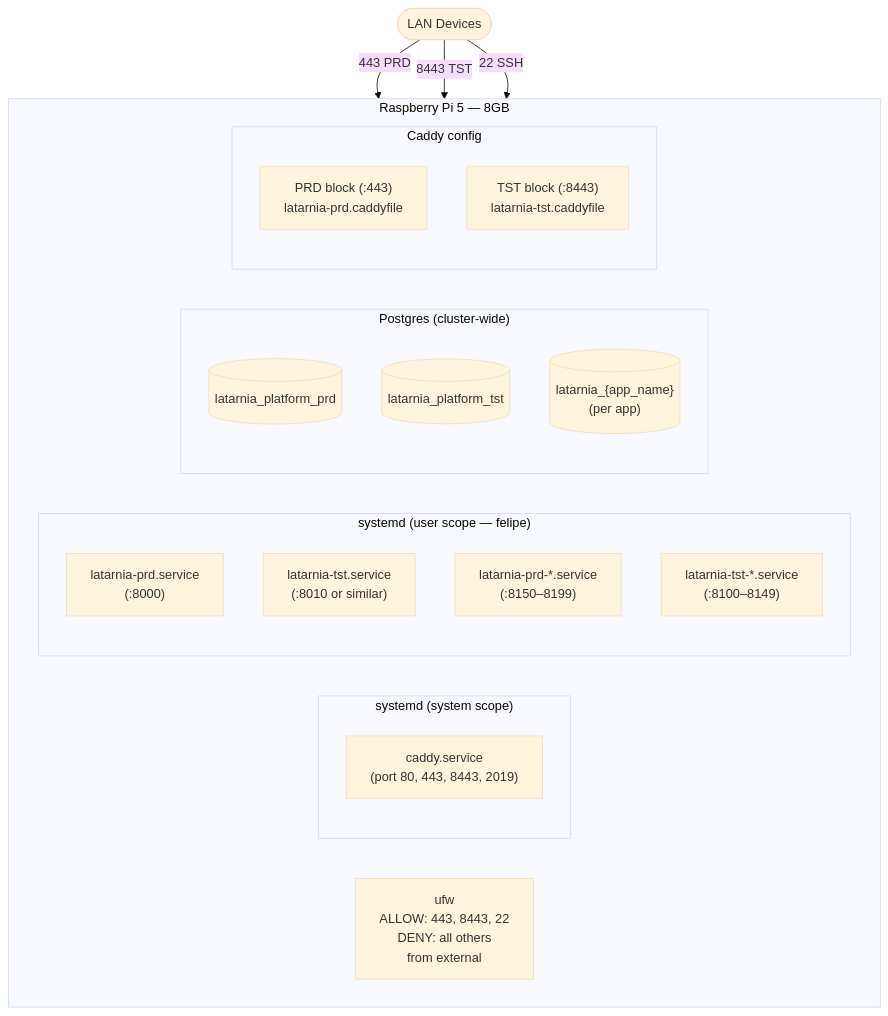
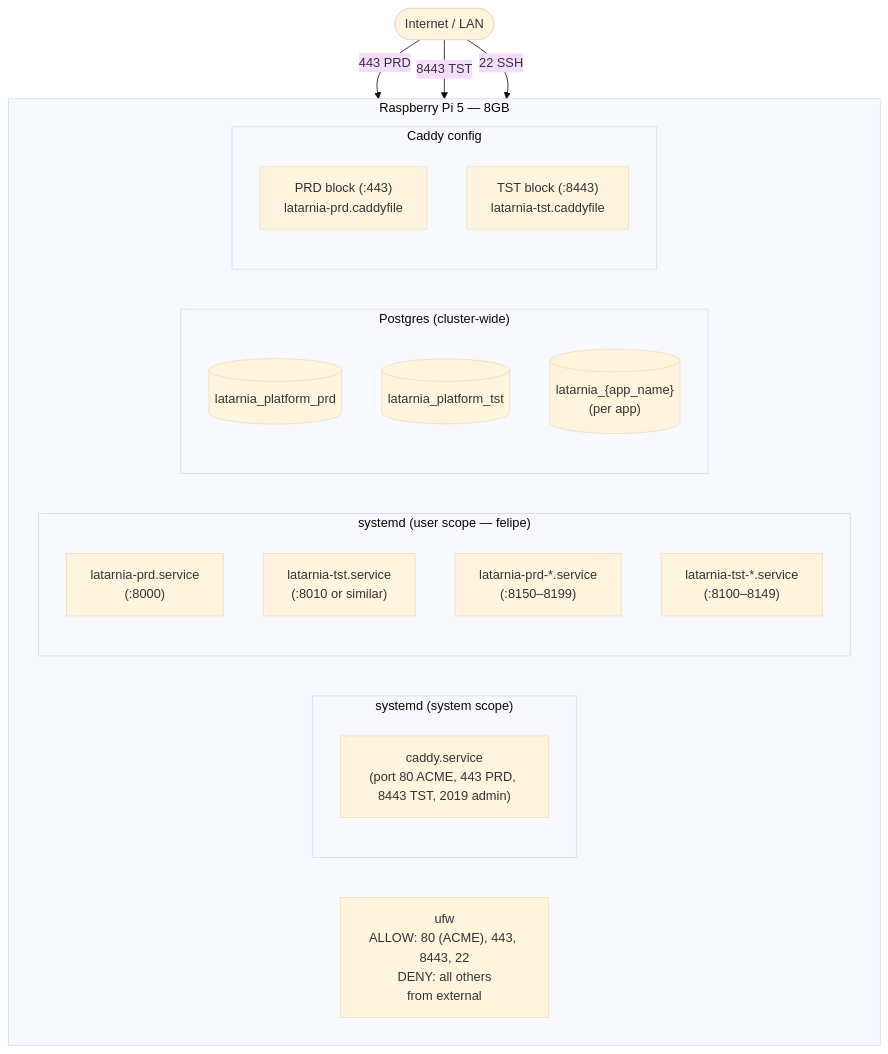
The second of 4 diagrams in docs/Projects/P-0008/architecture.md (felipe-stanham/Latarnia), drawn with Mermaid (base theme) before and after one commit. The commit also changed other lines of this file and 2 other files, not shown here.

Commit message:
P-0008: Replace internal CA with Let's Encrypt via Caddy ACME
- Domain is now read from {ENV}_DOMAIN config key (not hardcoded)
- cap-003 updated: ACME HTTP-01 instead of self-signed internal CA
- Port 80 added to ufw rules for ACME challenge
- Removed "no Let's Encrypt" OUT scope restriction
- Architecture diagrams updated: internet-facing topology, ACME TLS label, Caddyfile example
- Pi domain example: home.stanham.com

````diff
--- a/docs/Projects/P-0008/architecture.md
+++ b/docs/Projects/P-0008/architecture.md
@@ -65,32 +65,32 @@
 ```mermaid
 graph TD
     subgraph Pi["Raspberry Pi 5 — 8GB"]
         subgraph SystemD["systemd (system scope)"]
-            CaddySvc["caddy.service\n(port 80, 443, 8443, 2019)"]
+            CaddySvc["caddy.service\n(port 80 ACME, 443 PRD, 8443 TST, 2019 admin)"]
         end
 
         subgraph UserD["systemd (user scope — felipe)"]
             LatarniaPRD["latarnia-prd.service\n(:8000)"]
             LatarniaTST["latarnia-tst.service\n(:8010 or similar)"]
             AppsPRD["latarnia-prd-*.service\n(:8150–8199)"]
             AppsTST["latarnia-tst-*.service\n(:8100–8149)"]
         end
 
         subgraph DBs["Postgres (cluster-wide)"]
             PlatformPRD[("latarnia_platform_prd")]
             PlatformTST[("latarnia_platform_tst")]
             AppDBs[("latarnia_{app_name}\n(per app)")]
         end
 
         subgraph Caddy["Caddy config"]
             CaddyPRD["PRD block (:443)\nlatarnia-prd.caddyfile"]
             CaddyTST["TST block (:8443)\nlatarnia-tst.caddyfile"]
         end
 
-        ufw["ufw\nALLOW: 443, 8443, 22\nDENY: all others\nfrom external"]
+        ufw["ufw\nALLOW: 80 (ACME), 443, 8443, 22\nDENY: all others\nfrom external"]
     end
 
-    LAN([LAN Devices]) -->|443 PRD| Pi
-    LAN -->|8443 TST| Pi
-    LAN -->|22 SSH| Pi
+    Internet([Internet / LAN]) -->|443 PRD| Pi
+    Internet -->|8443 TST| Pi
+    Internet -->|22 SSH| Pi
 ```
````
